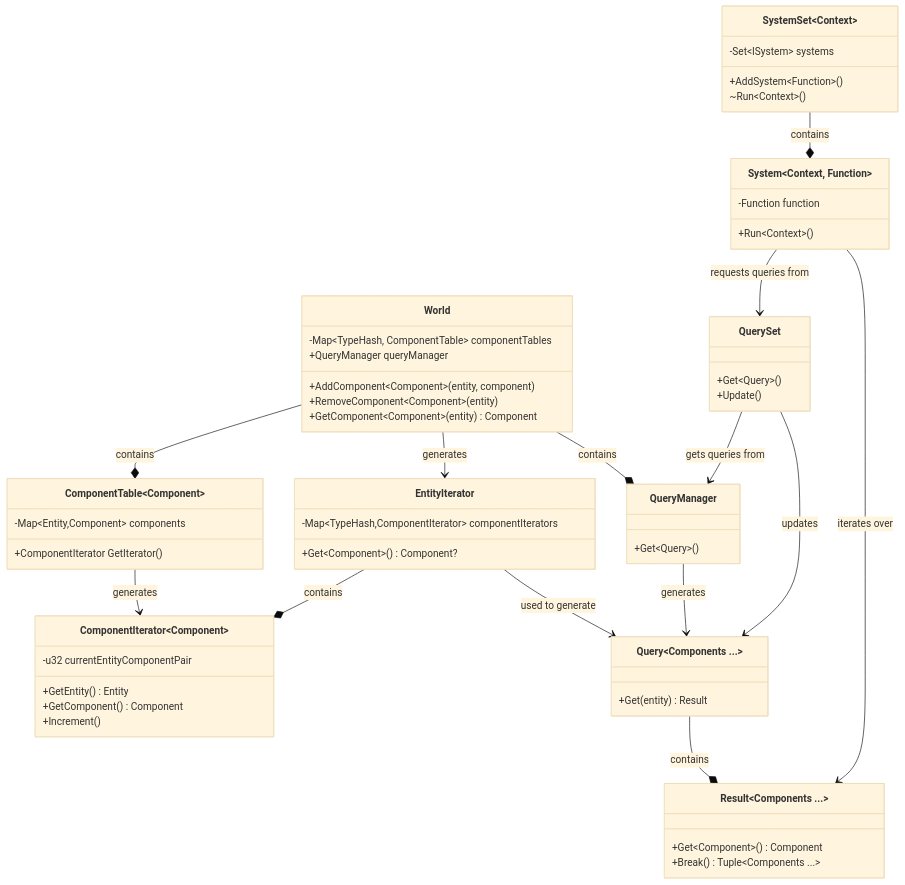
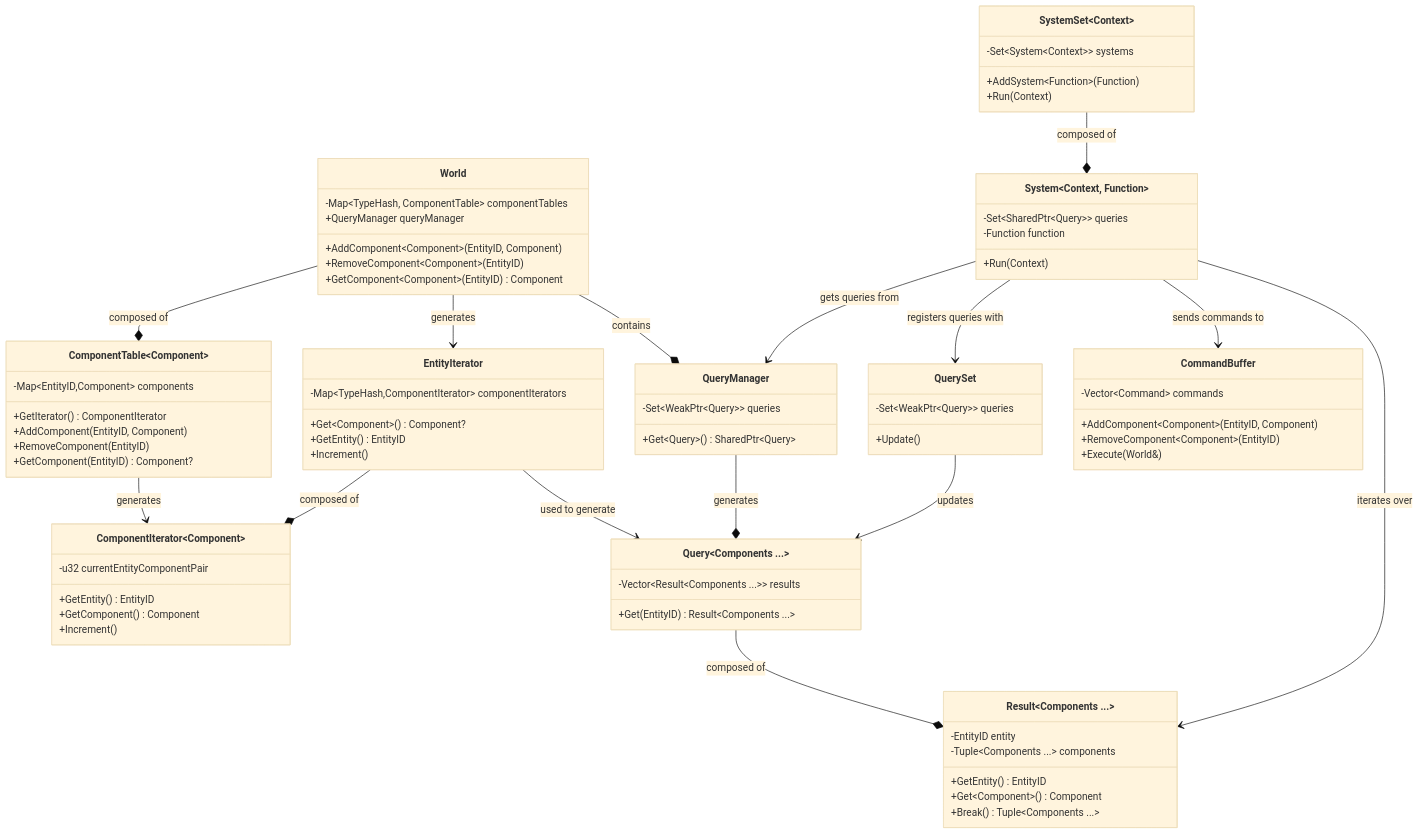
The diagram in _posts/2025-11-01-OnyxECS.md (FlitneyR/flitneyr.github.io), drawn with Mermaid (base theme) before and after one commit. The commit also changed other lines of this file, not shown here.

Commit message:
Update Onyx ESC UML

```diff
--- a/_posts/2025-11-01-OnyxECS.md
+++ b/_posts/2025-11-01-OnyxECS.md
@@ -441,65 +449,85 @@
     class World {
         -Map~TypeHash, ComponentTable~ componentTables
         +QueryManager queryManager
-        +AddComponent~Component~(entity, component)
-        +RemoveComponent~Component~(entity)
-        +GetComponent~Component~(entity) Component
+        +AddComponent~Component~(EntityID, Component)
+        +RemoveComponent~Component~(EntityID)
+        +GetComponent~Component~(EntityID) Component
     }
 
     class ComponentIterator~Component~ {
         -u32 currentEntityComponentPair
-        +GetEntity() Entity
+        +GetEntity() EntityID
         +GetComponent() Component
         +Increment()
     }
     class ComponentTable~Component~ {
-        -Map~Entity,Component~ components
-        +ComponentIterator GetIterator()
+        -Map~EntityID,Component~ components
+        +GetIterator() ComponentIterator
+        +AddComponent(EntityID, Component)
+        +RemoveComponent(EntityID)
+        +GetComponent(EntityID) Component?
     }
     class EntityIterator {
         -Map~TypeHash,ComponentIterator~ componentIterators
-        +Get~Component~() Component?   
+        +Get~Component~() Component?
+        +GetEntity() EntityID
+        +Increment()
     }
 
-    World --* ComponentTable : contains
+    World --* ComponentTable : composed of
     ComponentTable --> ComponentIterator : generates
     World --> EntityIterator : generates
-    EntityIterator --* ComponentIterator : contains
+    EntityIterator --* ComponentIterator : composed of
 
     class QueryManager {
-        +Get~Query~()
+        -Set~WeakPtr~Query~~ queries
+        +Get~Query~() SharedPtr~Query~
     }
     class QuerySet {
-        +Get~Query~()
+        -Set~WeakPtr~Query~~ queries
         +Update()
     }
+    class Query~Components ...~ {
+        -Vector~Result~Components ...~~ results
+        +Get(EntityID) Result~Components ...~
+    }
     class Result~Components ...~ {
+        -EntityID entity
+        -Tuple~Components ...~ components
+        +GetEntity() EntityID
         +Get~Component~() Component
         +Break() Tuple~Components ...~
-    }
-    class Query~Components ...~ {
-        +Get(entity) Result
     }
 
     EntityIterator --> Query : used to generate
 
-    QueryManager --> Query : generates
+    QueryManager --* Query : generates
     World --* QueryManager : contains
-    Query --* Result : contains
+    Query --* Result : composed of
     QuerySet --> Query : updates
-    QuerySet --> QueryManager : gets queries from
 
     class SystemSet~Context~ {
-        -Set~ISystem~ systems
-        +AddSystem~Function~()
-        ~Run~Context~()
+        -Set~System~Context~~ systems
+        +AddSystem~Function~( Function )
+        +Run( Context )
     }
     class System~Context, Function~ {
+        -Set~SharedPtr~Query~~ queries
         -Function function
-        +Run~Context~()
+        +Run( Context )
     }
 
-    System --> QuerySet : requests queries from
+    System --> QueryManager : gets queries from
+    System --> QuerySet : registers queries with
     System --> Result : iterates over
-    SystemSet --* System : contains
+    SystemSet --* System : composed of
+
+    class CommandBuffer {
+        -Vector~Command~ commands
+        +AddComponent~Component~(EntityID, Component)
+        +RemoveComponent~Component~(EntityID)
+        +Execute( World& )
+    }
+
+    System --> CommandBuffer : sends commands to
 </pre>
```
